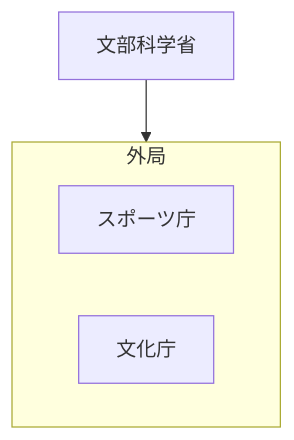
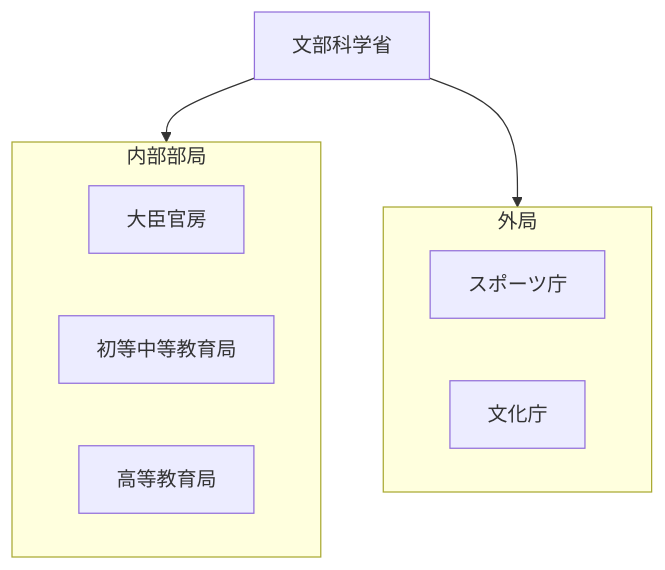
One commit to tatemaru/jp-admin-org-chart changed the diagram in 行政機構/文部科学省/README.md. Above: the diagram before and after it, drawn with Mermaid. The commit also changed other lines of this file and 18 other files, not shown here.

````diff
--- a/行政機構/文部科学省/README.md
+++ b/行政機構/文部科学省/README.md
@@ -5,9 +5,15 @@
 ```mermaid
 flowchart TB
   root["文部科学省"]
-  subgraph g0["外局"]
-    n0_0["スポーツ庁"]
-    n0_1["文化庁"]
+  subgraph g0["内部部局"]
+    n0_0["大臣官房"]
+    n0_1["初等中等教育局"]
+    n0_2["高等教育局"]
   end
   root --> g0
+  subgraph g1["外局"]
+    n1_0["スポーツ庁"]
+    n1_1["文化庁"]
+  end
+  root --> g1
 ```
````
